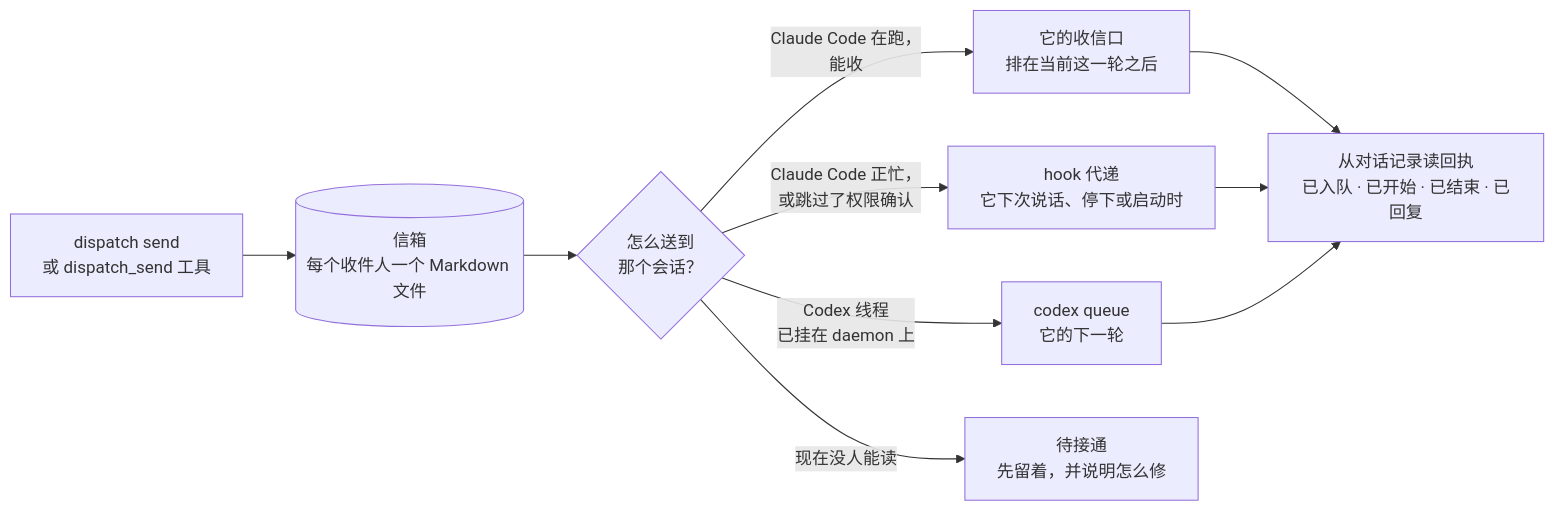
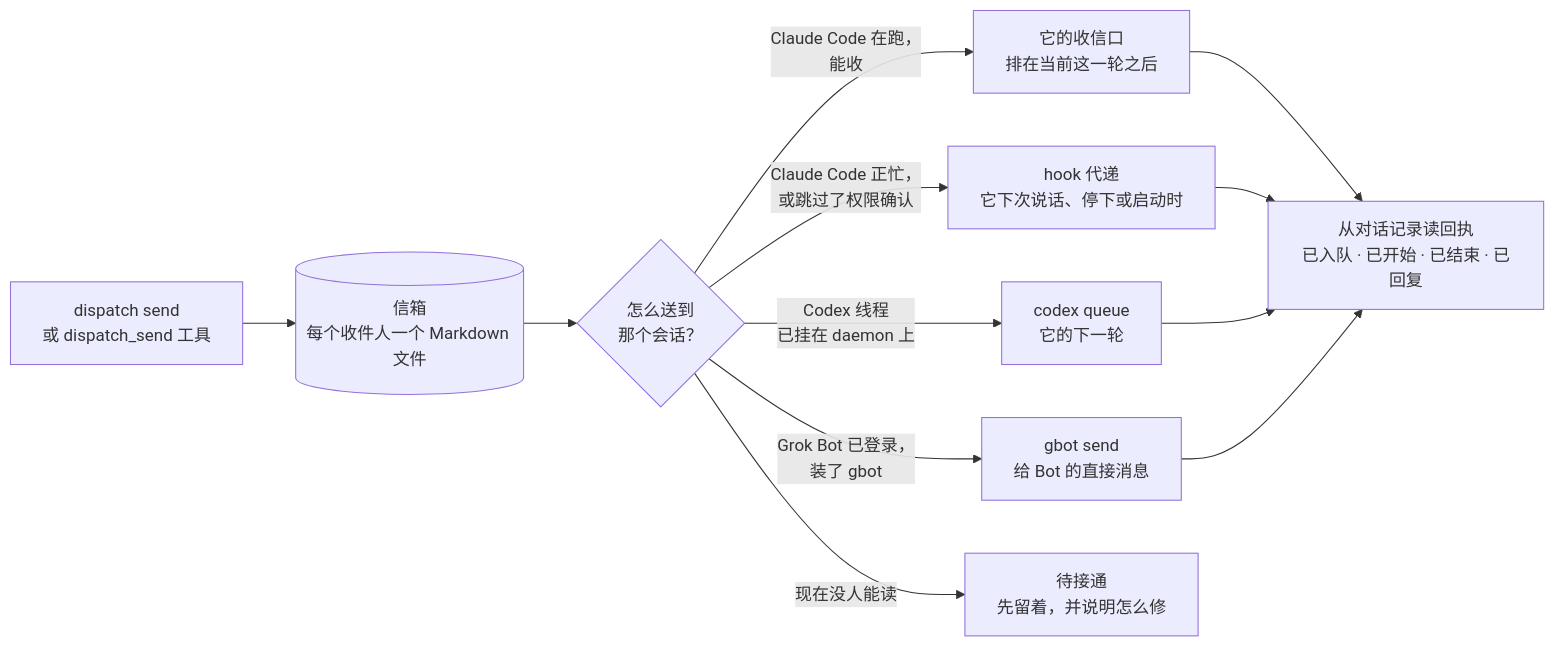
One commit to IvyYang1999/dispatch changed the diagram in README.zh-CN.md. Above: the diagram before and after it, drawn with Mermaid. The commit also changed other lines of this file and 17 other files, not shown here.

Commit message:
Grok Bot delivery through gbot: discovery, reach, send, receipts, dispatch grok, Settings status, skill notes

````diff
--- a/README.zh-CN.md
+++ b/README.zh-CN.md
@@ -60,12 +61,14 @@
 ```mermaid
 flowchart LR
   send["dispatch send<br/>或 dispatch_send 工具"] --> store[("信箱<br/>每个收件人一个 Markdown 文件")]
   store --> reach{"怎么送到<br/>那个会话？"}
   reach -- "Claude Code 在跑，<br/>能收" --> now["它的收信口<br/>排在当前这一轮之后"]
   reach -- "Claude Code 正忙，<br/>或跳过了权限确认" --> later["hook 代递<br/>它下次说话、停下或启动时"]
   reach -- "Codex 线程<br/>已挂在 daemon 上" --> codex["codex queue<br/>它的下一轮"]
+  reach -- "Grok Bot 已登录，<br/>装了 gbot" --> grok["gbot send<br/>给 Bot 的直接消息"]
   reach -- "现在没人能读" --> wait["待接通<br/>先留着，并说明怎么修"]
   now --> receipts["从对话记录读回执<br/>已入队 · 已开始 · 已结束 · 已回复"]
   later --> receipts
   codex --> receipts
+  grok --> receipts
 ```
````
